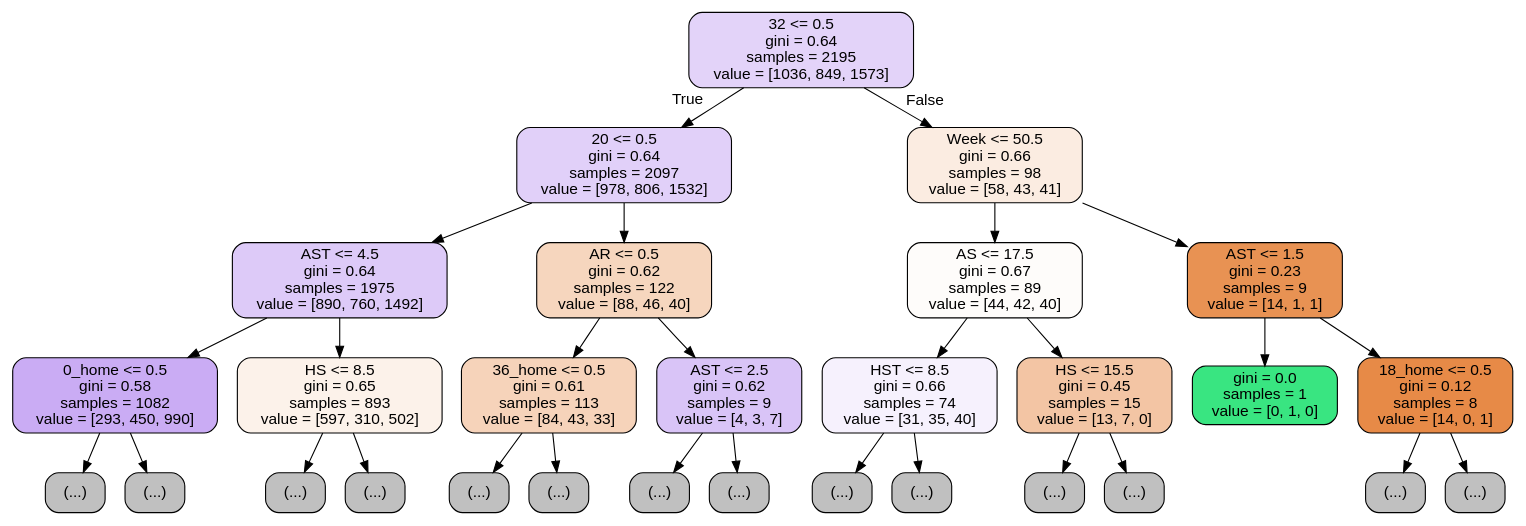
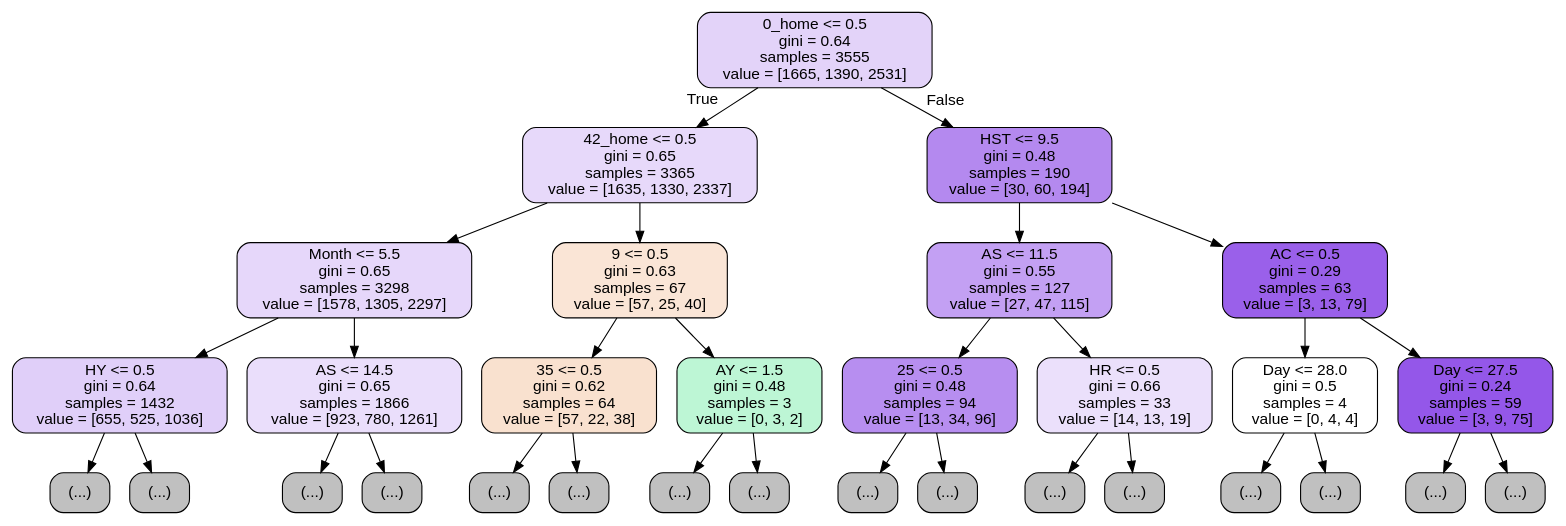
One commit to yolannel/BeatTheBookies changed the diagram in featuresetTreeNoRef.dot. Above: the diagram before and after it, drawn with Graphviz. The commit also changed 6 other files, not shown here.

```diff
--- a/featuresetTreeNoRef.dot
+++ b/featuresetTreeNoRef.dot
@@ -1,61 +1,65 @@
 digraph Tree {
 node [shape=box, style="filled, rounded", color="black", fontname=helvetica] ;
 edge [fontname=helvetica] ;
-0 [label="32 <= 0.5\ngini = 0.64\nsamples = 2195\nvalue = [1036, 849, 1573]", fillcolor="#e3d3f9"] ;
-1 [label="20 <= 0.5\ngini = 0.64\nsamples = 2097\nvalue = [978, 806, 1532]", fillcolor="#e1d0f9"] ;
+0 [label="0_home <= 0.5\ngini = 0.64\nsamples = 3555\nvalue = [1665, 1390, 2531]", fillcolor="#e3d3f9"] ;
+1 [label="42_home <= 0.5\ngini = 0.65\nsamples = 3365\nvalue = [1635, 1330, 2337]", fillcolor="#e7d9fa"] ;
 0 -> 1 [labeldistance=2.5, labelangle=45, headlabel="True"] ;
-2 [label="AST <= 4.5\ngini = 0.64\nsamples = 1975\nvalue = [890, 760, 1492]", fillcolor="#ddcaf8"] ;
+2 [label="Month <= 5.5\ngini = 0.65\nsamples = 3298\nvalue = [1578, 1305, 2297]", fillcolor="#e6d7fa"] ;
 1 -> 2 ;
-3 [label="0_home <= 0.5\ngini = 0.58\nsamples = 1082\nvalue = [293, 450, 990]", fillcolor="#caacf4"] ;
+3 [label="HY <= 0.5\ngini = 0.64\nsamples = 1432\nvalue = [655, 525, 1036]", fillcolor="#e0cff9"] ;
 2 -> 3 ;
 4 [label="(...)", fillcolor="#C0C0C0"] ;
 3 -> 4 ;
-1047 [label="(...)", fillcolor="#C0C0C0"] ;
-3 -> 1047 ;
-1096 [label="HS <= 8.5\ngini = 0.65\nsamples = 893\nvalue = [597, 310, 502]", fillcolor="#fcf2ea"] ;
-2 -> 1096 ;
-1097 [label="(...)", fillcolor="#C0C0C0"] ;
-1096 -> 1097 ;
-1250 [label="(...)", fillcolor="#C0C0C0"] ;
-1096 -> 1250 ;
-2009 [label="AR <= 0.5\ngini = 0.62\nsamples = 122\nvalue = [88, 46, 40]", fillcolor="#f6d6be"] ;
-1 -> 2009 ;
-2010 [label="36_home <= 0.5\ngini = 0.61\nsamples = 113\nvalue = [84, 43, 33]", fillcolor="#f6d3ba"] ;
-2009 -> 2010 ;
-2011 [label="(...)", fillcolor="#C0C0C0"] ;
-2010 -> 2011 ;
-2134 [label="(...)", fillcolor="#C0C0C0"] ;
-2010 -> 2134 ;
-2137 [label="AST <= 2.5\ngini = 0.62\nsamples = 9\nvalue = [4, 3, 7]", fillcolor="#d9c4f7"] ;
-2009 -> 2137 ;
-2138 [label="(...)", fillcolor="#C0C0C0"] ;
-2137 -> 2138 ;
-2139 [label="(...)", fillcolor="#C0C0C0"] ;
-2137 -> 2139 ;
-2150 [label="Week <= 50.5\ngini = 0.66\nsamples = 98\nvalue = [58, 43, 41]", fillcolor="#fbece1"] ;
-0 -> 2150 [labeldistance=2.5, labelangle=-45, headlabel="False"] ;
-2151 [label="AS <= 17.5\ngini = 0.67\nsamples = 89\nvalue = [44, 42, 40]", fillcolor="#fefcfa"] ;
-2150 -> 2151 ;
-2152 [label="HST <= 8.5\ngini = 0.66\nsamples = 74\nvalue = [31, 35, 40]", fillcolor="#f6f1fd"] ;
-2151 -> 2152 ;
-2153 [label="(...)", fillcolor="#C0C0C0"] ;
-2152 -> 2153 ;
-2224 [label="(...)", fillcolor="#C0C0C0"] ;
-2152 -> 2224 ;
-2239 [label="HS <= 15.5\ngini = 0.45\nsamples = 15\nvalue = [13, 7, 0]", fillcolor="#f3c5a4"] ;
-2151 -> 2239 ;
-2240 [label="(...)", fillcolor="#C0C0C0"] ;
-2239 -> 2240 ;
-2257 [label="(...)", fillcolor="#C0C0C0"] ;
-2239 -> 2257 ;
-2258 [label="AST <= 1.5\ngini = 0.23\nsamples = 9\nvalue = [14, 1, 1]", fillcolor="#e89253"] ;
-2150 -> 2258 ;
-2259 [label="gini = 0.0\nsamples = 1\nvalue = [0, 1, 0]", fillcolor="#39e581"] ;
-2258 -> 2259 ;
-2260 [label="18_home <= 0.5\ngini = 0.12\nsamples = 8\nvalue = [14, 0, 1]", fillcolor="#e78a47"] ;
-2258 -> 2260 ;
-2261 [label="(...)", fillcolor="#C0C0C0"] ;
-2260 -> 2261 ;
-2262 [label="(...)", fillcolor="#C0C0C0"] ;
-2260 -> 2262 ;
+373 [label="(...)", fillcolor="#C0C0C0"] ;
+3 -> 373 ;
+1586 [label="AS <= 14.5\ngini = 0.65\nsamples = 1866\nvalue = [923, 780, 1261]", fillcolor="#eadefb"] ;
+2 -> 1586 ;
+1587 [label="(...)", fillcolor="#C0C0C0"] ;
+1586 -> 1587 ;
+3348 [label="(...)", fillcolor="#C0C0C0"] ;
+1586 -> 3348 ;
+3777 [label="9 <= 0.5\ngini = 0.63\nsamples = 67\nvalue = [57, 25, 40]", fillcolor="#fae5d6"] ;
+1 -> 3777 ;
+3778 [label="35 <= 0.5\ngini = 0.62\nsamples = 64\nvalue = [57, 22, 38]", fillcolor="#f9e1cf"] ;
+3777 -> 3778 ;
+3779 [label="(...)", fillcolor="#C0C0C0"] ;
+3778 -> 3779 ;
+3848 [label="(...)", fillcolor="#C0C0C0"] ;
+3778 -> 3848 ;
+3849 [label="AY <= 1.5\ngini = 0.48\nsamples = 3\nvalue = [0, 3, 2]", fillcolor="#bdf6d5"] ;
+3777 -> 3849 ;
+3850 [label="(...)", fillcolor="#C0C0C0"] ;
+3849 -> 3850 ;
+3851 [label="(...)", fillcolor="#C0C0C0"] ;
+3849 -> 3851 ;
+3854 [label="HST <= 9.5\ngini = 0.48\nsamples = 190\nvalue = [30, 60, 194]", fillcolor="#b489ef"] ;
+0 -> 3854 [labeldistance=2.5, labelangle=-45, headlabel="False"] ;
+3855 [label="AS <= 11.5\ngini = 0.55\nsamples = 127\nvalue = [27, 47, 115]", fillcolor="#c3a0f3"] ;
+3854 -> 3855 ;
+3856 [label="25 <= 0.5\ngini = 0.48\nsamples = 94\nvalue = [13, 34, 96]", fillcolor="#b78ef0"] ;
+3855 -> 3856 ;
+3857 [label="(...)", fillcolor="#C0C0C0"] ;
+3856 -> 3857 ;
+3954 [label="(...)", fillcolor="#C0C0C0"] ;
+3856 -> 3954 ;
+3963 [label="HR <= 0.5\ngini = 0.66\nsamples = 33\nvalue = [14, 13, 19]", fillcolor="#ebe0fb"] ;
+3855 -> 3963 ;
+3964 [label="(...)", fillcolor="#C0C0C0"] ;
+3963 -> 3964 ;
+4009 [label="(...)", fillcolor="#C0C0C0"] ;
+3963 -> 4009 ;
+4014 [label="AC <= 0.5\ngini = 0.29\nsamples = 63\nvalue = [3, 13, 79]", fillcolor="#9a60ea"] ;
+3854 -> 4014 ;
+4015 [label="Day <= 28.0\ngini = 0.5\nsamples = 4\nvalue = [0, 4, 4]", fillcolor="#ffffff"] ;
+4014 -> 4015 ;
+4016 [label="(...)", fillcolor="#C0C0C0"] ;
+4015 -> 4016 ;
+4017 [label="(...)", fillcolor="#C0C0C0"] ;
+4015 -> 4017 ;
+4018 [label="Day <= 27.5\ngini = 0.24\nsamples = 59\nvalue = [3, 9, 75]", fillcolor="#9457e9"] ;
+4014 -> 4018 ;
+4019 [label="(...)", fillcolor="#C0C0C0"] ;
+4018 -> 4019 ;
+4060 [label="(...)", fillcolor="#C0C0C0"] ;
+4018 -> 4060 ;
 }
```
